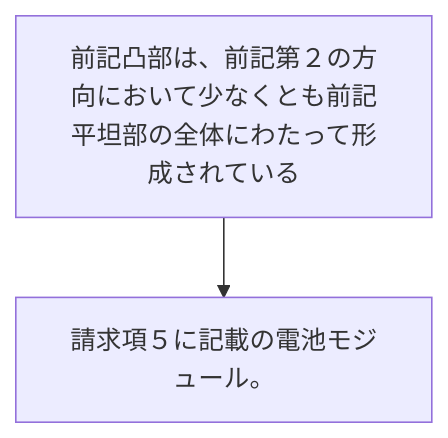
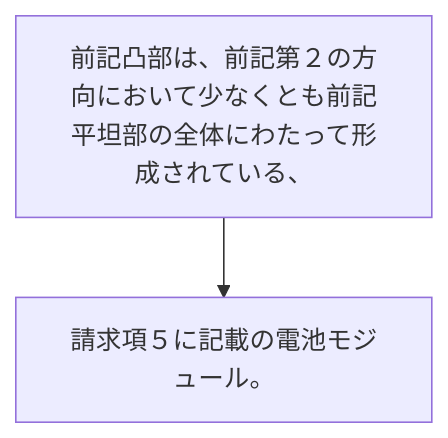
One commit to shinmori55/patent_analyzed changed the diagram in 2024/JP2024039203A/claim_6/README.md. Above: the diagram before and after it, drawn with Mermaid. The commit also changed 336 other files, not shown here.

````diff
--- a/2024/JP2024039203A/claim_6/README.md
+++ b/2024/JP2024039203A/claim_6/README.md
@@ -2,6 +2,6 @@
 ```mermaid
 flowchart TD
-A[前記凸部は、前記第２の方向において少なくとも前記平坦部の全体にわたって形成されている]
+A[前記凸部は、前記第２の方向において少なくとも前記平坦部の全体にわたって形成されている、]
 B[請求項５に記載の電池モジュール。]
 A --> B
 ```
````
